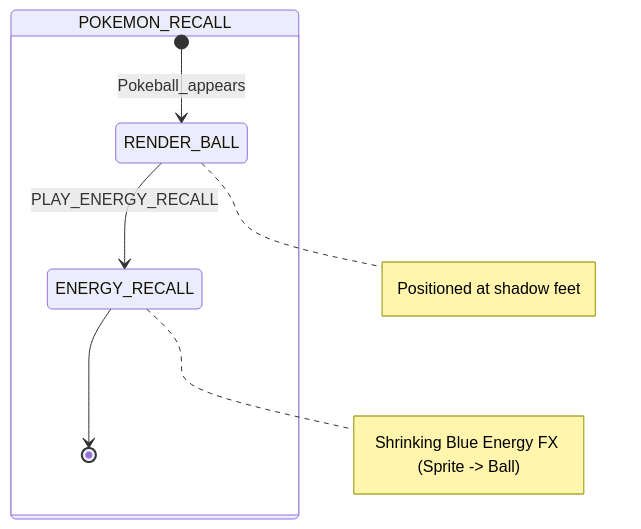
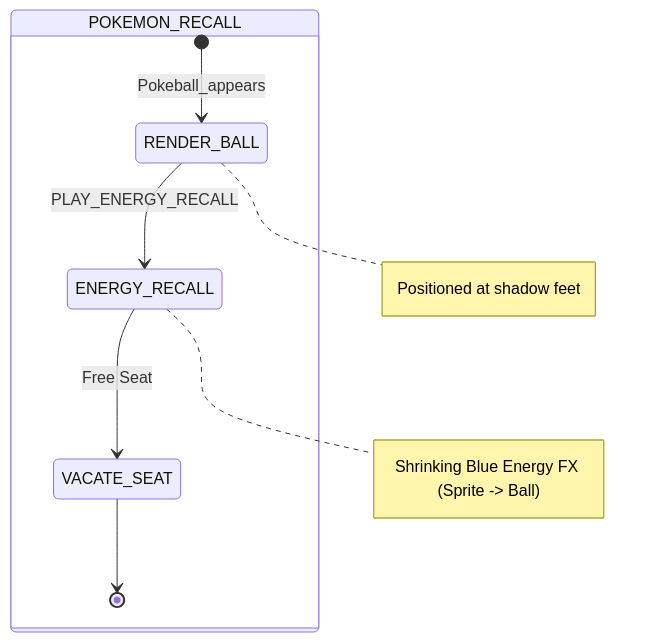
Diagram 14 of 18 in .agents/skills/project-standards/references/battle/battle_mechanics_manual.md (Darkham77/PokeBorrador), drawn with Mermaid before and after one commit. The commit also changed other lines of this file and 30 other files, not shown here.

````diff
--- a/.agents/skills/project-standards/references/battle/battle_mechanics_manual.md
+++ b/.agents/skills/project-standards/references/battle/battle_mechanics_manual.md
@@ -786,11 +741,12 @@
 ```mermaid
 stateDiagram-v2
     state POKEMON_RECALL {
         [*] --> RENDER_BALL: Pokeball_appears
         RENDER_BALL --> ENERGY_RECALL: PLAY_ENERGY_RECALL
-        ENERGY_RECALL --> [*]
+        ENERGY_RECALL --> VACATE_SEAT: Free Seat
+        VACATE_SEAT --> [*]
         
         note right of RENDER_BALL: Positioned at shadow feet
         note right of ENERGY_RECALL: Shrinking Blue Energy FX (Sprite -> Ball)
     }
 ```
````
